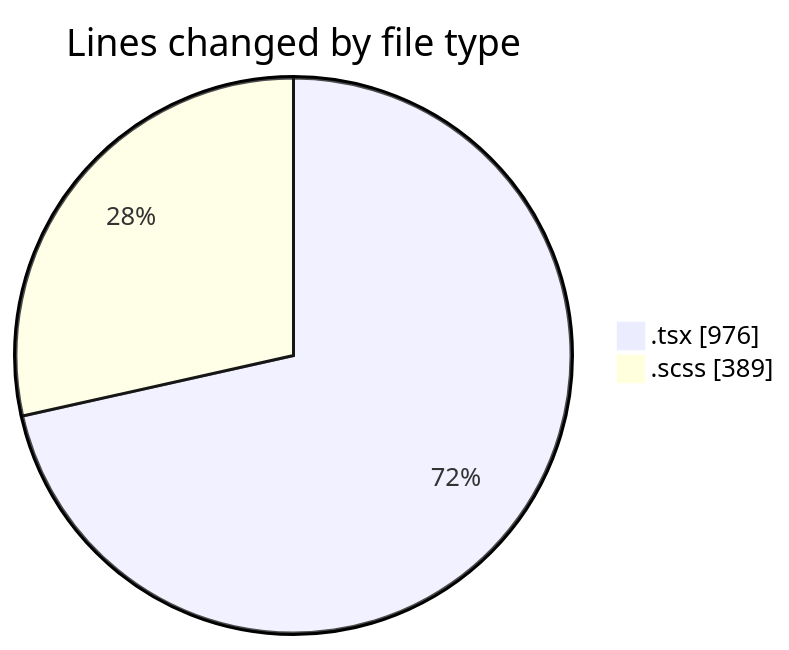
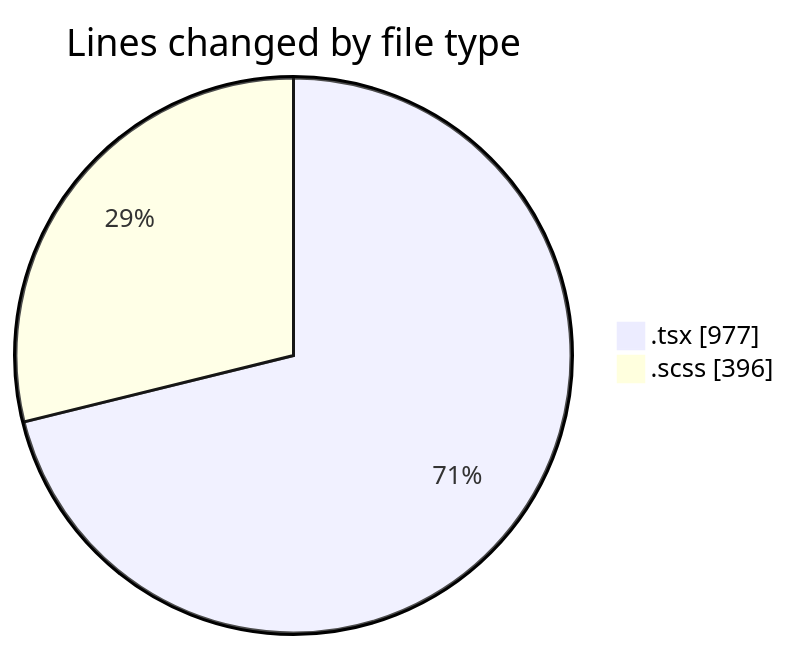
One commit to momahboobian/code-tracking changed the first of 2 diagrams in 2025-04-10/cda/README.md. Above: the diagram before and after it, drawn with Mermaid. The commit also changed other lines of this file and 1 other file, not shown here.

````diff
--- a/2025-04-10/cda/README.md
+++ b/2025-04-10/cda/README.md
@@ -23,6 +23,6 @@
 ```mermaid
 pie showData
 title Lines changed by file type
-".tsx" : 976
-".scss" : 389
+".tsx" : 977
+".scss" : 396
 ```
````
